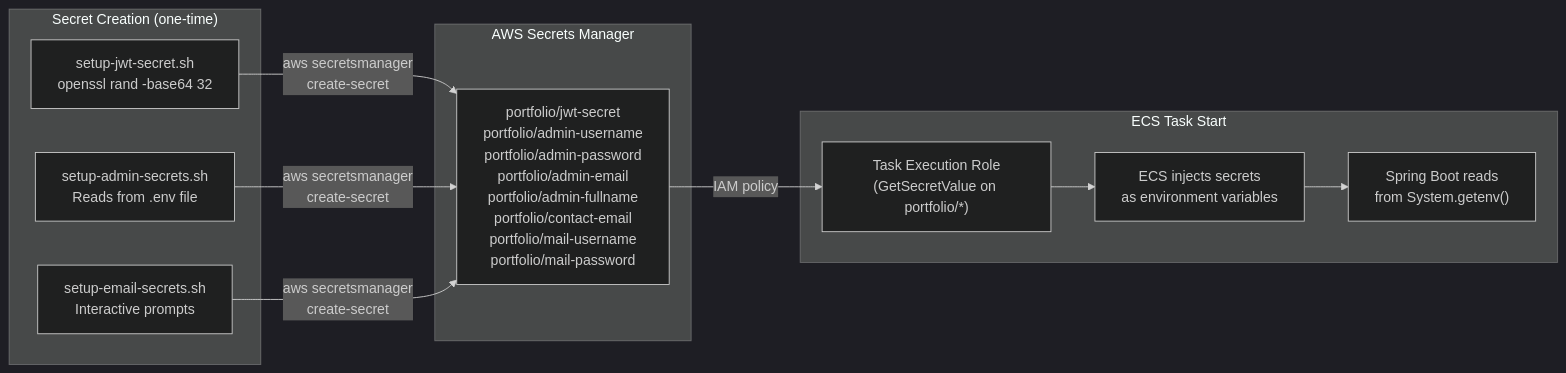
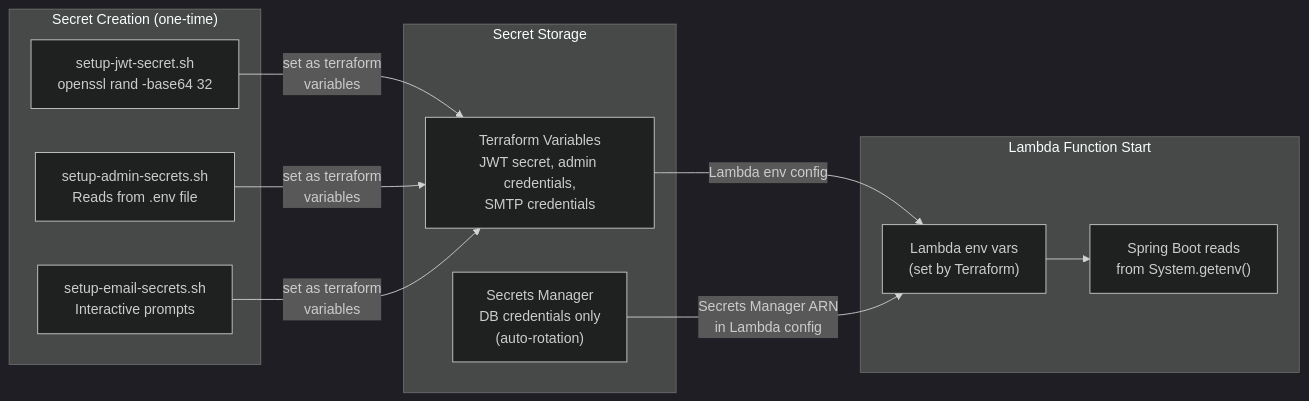
One commit to clark22134/MyPortfolioWebsite changed the fourth of 5 diagrams in docs/DEVOPS_INFRASTRUCTURE.md. Above: the diagram before and after it, drawn with Mermaid (dark theme). The commit also changed other lines of this file and 96 other files, not shown here.

````diff
--- a/docs/DEVOPS_INFRASTRUCTURE.md
+++ b/docs/DEVOPS_INFRASTRUCTURE.md
@@ -534,23 +625,23 @@
 ```mermaid
 graph LR
     subgraph Creation["Secret Creation (one-time)"]
         S1["setup-jwt-secret.sh<br/>openssl rand -base64 32"]
         S2["setup-admin-secrets.sh<br/>Reads from .env file"]
         S3["setup-email-secrets.sh<br/>Interactive prompts"]
     end
 
-    subgraph Storage["AWS Secrets Manager"]
-        SM["portfolio/jwt-secret<br/>portfolio/admin-username<br/>portfolio/admin-password<br/>portfolio/admin-email<br/>portfolio/admin-fullname<br/>portfolio/contact-email<br/>portfolio/mail-username<br/>portfolio/mail-password"]
+    subgraph Storage["Secret Storage"]
+        TFV["Terraform Variables<br/>JWT secret, admin credentials,<br/>SMTP credentials"]
+        SM["Secrets Manager<br/>DB credentials only<br/>(auto-rotation)"]
     end
 
-    subgraph Runtime["ECS Task Start"]
-        Role["Task Execution Role<br/>(GetSecretValue on portfolio/*)"]
-        Inject["ECS injects secrets<br/>as environment variables"]
+    subgraph Runtime["Lambda Function Start"]
+        LEnv["Lambda env vars<br/>(set by Terraform)"]
         App["Spring Boot reads<br/>from System.getenv()"]
     end
 
-    S1 & S2 & S3 -->|aws secretsmanager<br/>create-secret| SM
-    SM -->|IAM policy| Role
-    Role --> Inject
-    Inject --> App
+    S1 & S2 & S3 -->|set as terraform<br/>variables| TFV
+    TFV -->|Lambda env config| LEnv
+    SM -->|Secrets Manager ARN<br/>in Lambda config| LEnv
+    LEnv --> App
 ```
````
